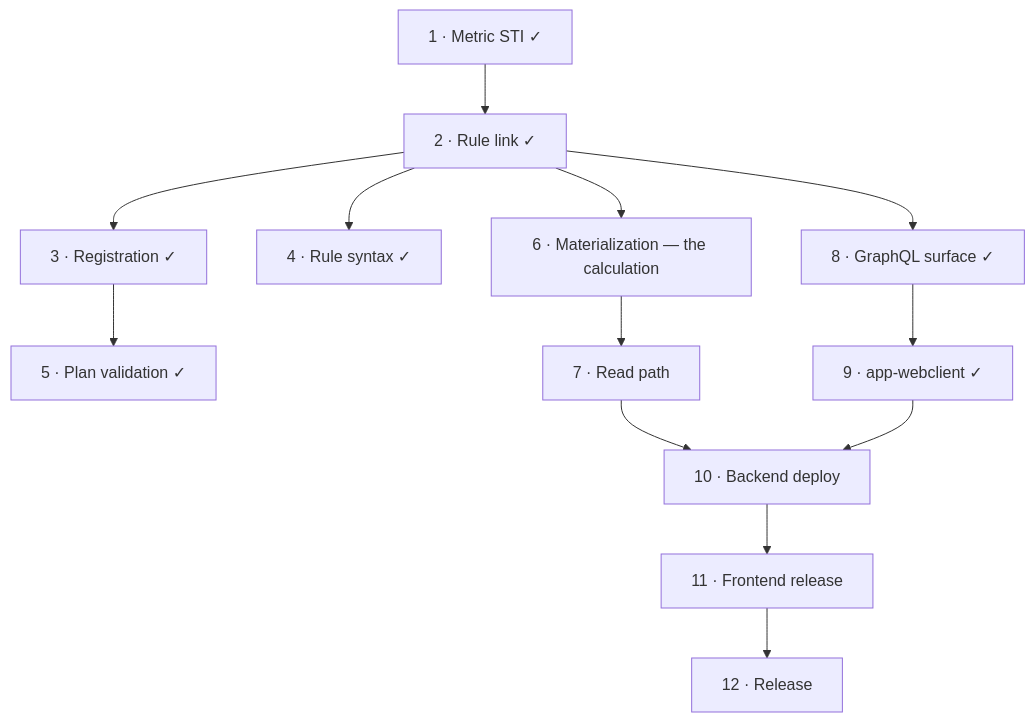
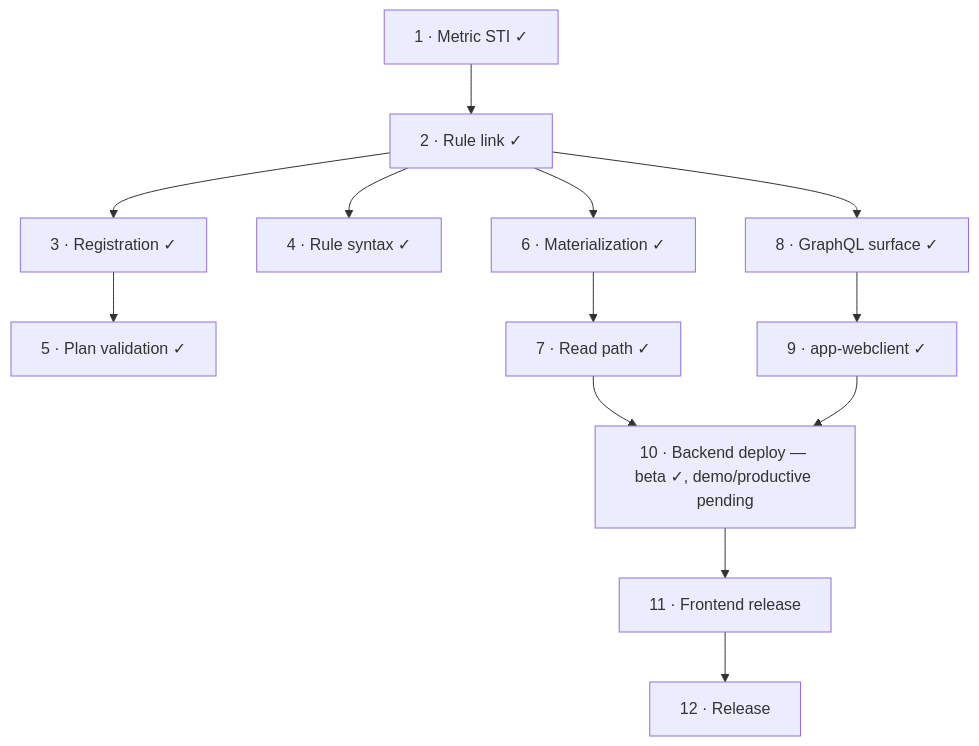
Before and after one commit to plribeiro3000/dot-claude-plans: the second of 2 diagrams in active/app/output-variables/PLAN.md, drawn with Mermaid. The commit also changed other lines of this file and 10 other files, not shown here.

````diff
--- a/active/app/output-variables/PLAN.md
+++ b/active/app/output-variables/PLAN.md
@@ -618,15 +639,15 @@
 ```mermaid
 graph TD
   1["1 · Metric STI ✓"] --> 2["2 · Rule link ✓"]
   2 --> 3["3 · Registration ✓"]
   3 --> 5["5 · Plan validation ✓"]
   2 --> 4["4 · Rule syntax ✓"]
-  2 --> 6["6 · Materialization — the calculation"]
-  6 --> 7["7 · Read path"]
+  2 --> 6["6 · Materialization ✓"]
+  6 --> 7["7 · Read path ✓"]
   2 --> 8["8 · GraphQL surface ✓"]
   8 --> 9["9 · app-webclient ✓"]
-  7 --> 10["10 · Backend deploy"]
+  7 --> 10["10 · Backend deploy — beta ✓, demo/productive pending"]
   9 --> 10
   10 --> 11["11 · Frontend release"]
   11 --> 12["12 · Release"]
 ```
````
